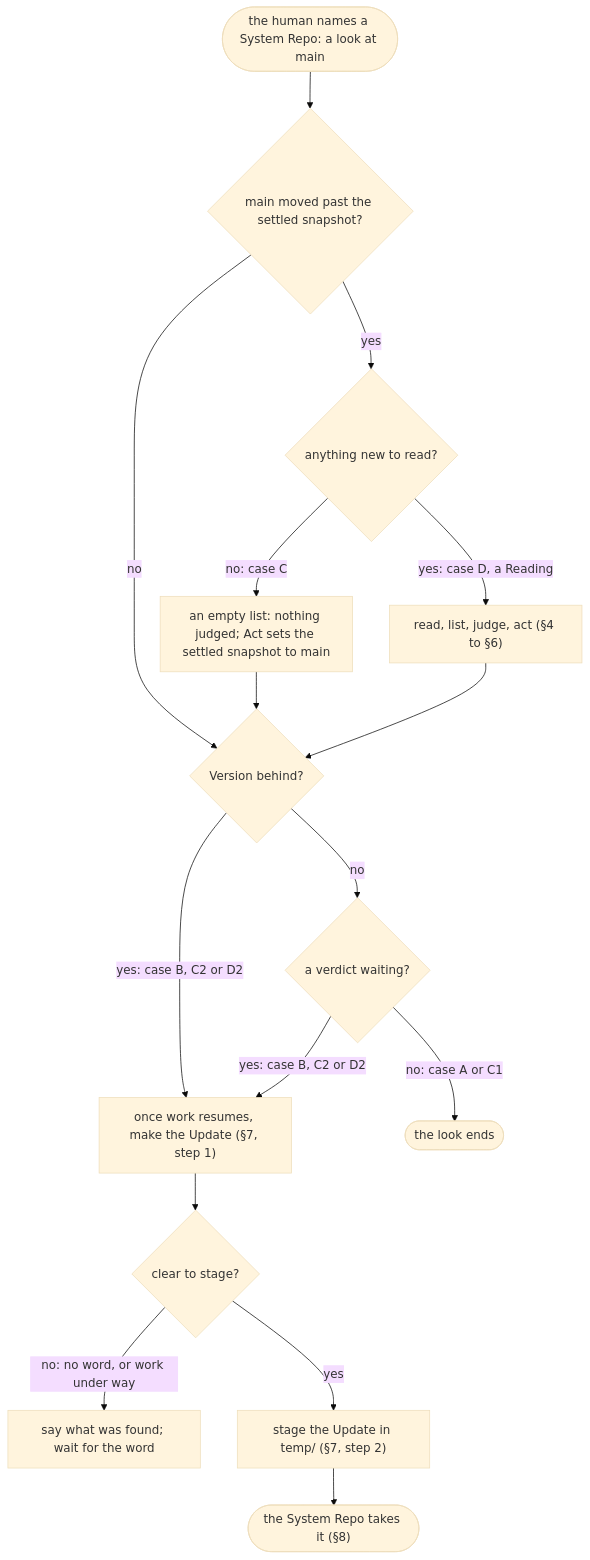
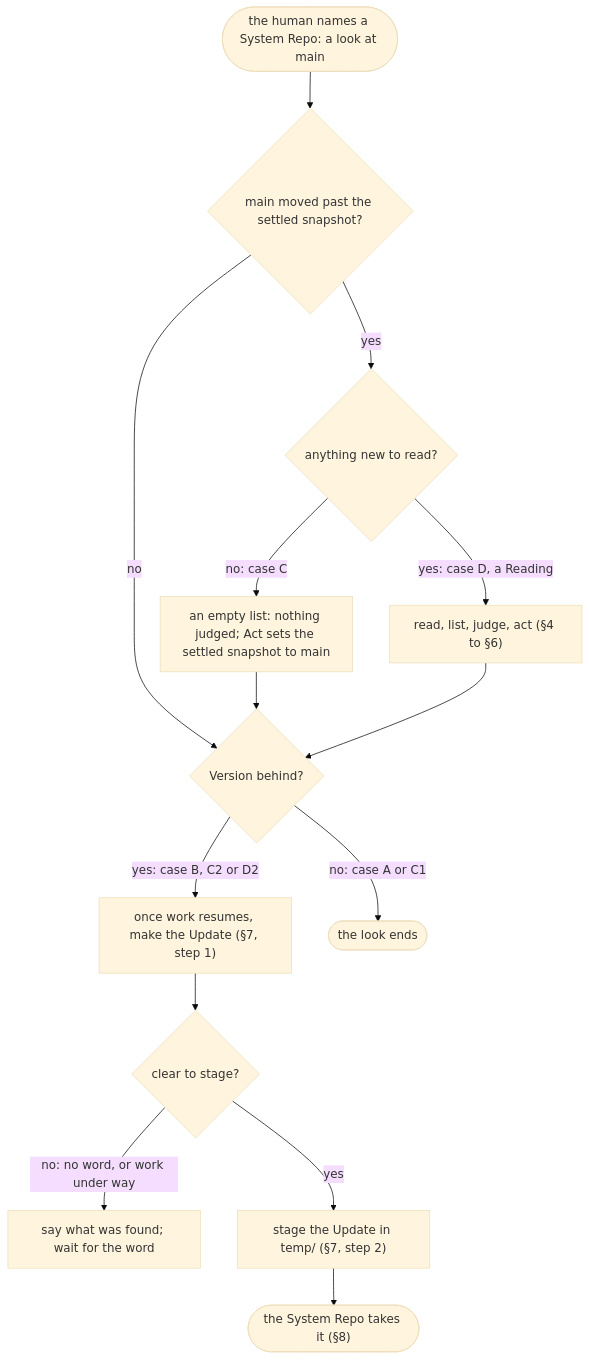
One commit to edgaras87/correctness-by-construction changed the diagram in temp/common-ground/system-repo-change-flow.md. Above: the diagram before and after it, drawn with Mermaid (base theme). The commit also changed other lines of this file, not shown here.

First line of the commit message:
docs: temp's flow drops the verdict check

````diff
--- a/temp/common-ground/system-repo-change-flow.md
+++ b/temp/common-ground/system-repo-change-flow.md
@@ -44,18 +44,16 @@
 ```mermaid
 flowchart TD
   start(["the human names a System Repo: a look at main"]) --> c1{"main moved past the settled snapshot?"}
   c1 -- yes --> c2{"anything new to read?"}
   c1 -- no --> c3
   c2 -- "no: case C" --> C["an empty list: nothing judged; Act sets the settled snapshot to main"]
   c2 -- "yes: case D, a Reading" --> D["read, list, judge, act (§4 to §6)"]
   C --> c3
   D --> c3{"Version behind?"}
   c3 -- "yes: case B, C2 or D2" --> make["once work resumes, make the Update (§7, step 1)"]
-  c3 -- no --> v{"a verdict waiting?"}
-  v -- "yes: case B, C2 or D2" --> make
-  v -- "no: case A or C1" --> none(["the look ends"])
+  c3 -- "no: case A or C1" --> none(["the look ends"])
   make --> ok{"clear to stage?"}
   ok -- "no: no word, or work under way" --> wait["say what was found; wait for the word"]
   ok -- yes --> stage["stage the Update in temp/ (§7, step 2)"]
   stage --> take(["the System Repo takes it (§8)"])
 ```
````
